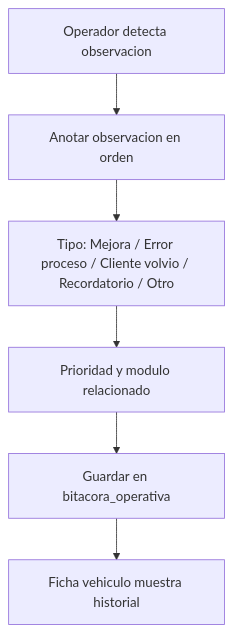
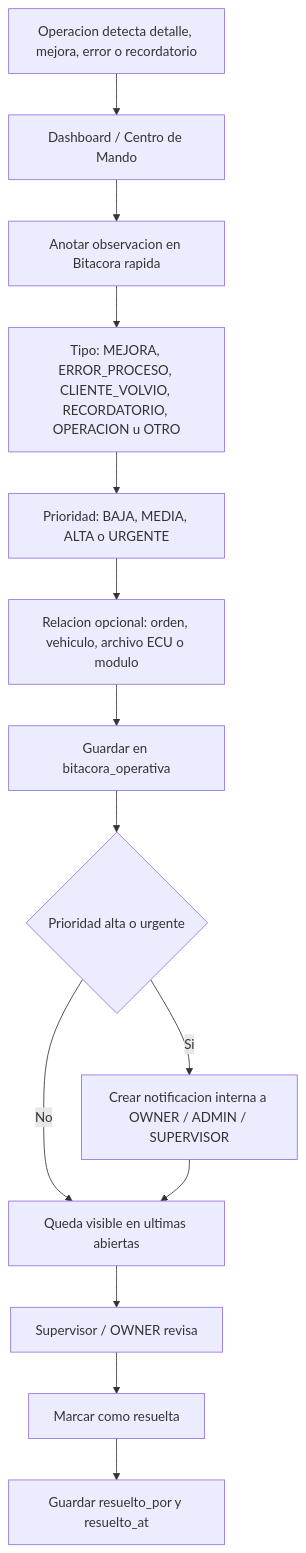
The ninth of 11 diagrams in docs/DIAGRAMA_FLUJO_GMTCH_TUNE_OS.md (gastonmunoz-glitch/gmtch-tune), drawn with Mermaid before and after one commit. The commit also changed other lines of this file and 6 other files, not shown here.

Commit message:
agregar bitacora operativa global

````diff
--- a/docs/DIAGRAMA_FLUJO_GMTCH_TUNE_OS.md
+++ b/docs/DIAGRAMA_FLUJO_GMTCH_TUNE_OS.md
@@ -184,8 +184,16 @@
 ```mermaid
 flowchart TD
-  A["Operador detecta observacion"] --> B["Anotar observacion en orden"]
-  B --> C["Tipo: Mejora / Error proceso / Cliente volvio / Recordatorio / Otro"]
-  C --> D["Prioridad y modulo relacionado"]
-  D --> E["Guardar en bitacora_operativa"]
-  E --> F["Ficha vehiculo muestra historial"]
+  A["Operacion detecta detalle, mejora, error o recordatorio"] --> B["Dashboard / Centro de Mando"]
+  B --> C["Anotar observacion en Bitacora rapida"]
+  C --> D["Tipo: MEJORA, ERROR_PROCESO, CLIENTE_VOLVIO, RECORDATORIO, OPERACION u OTRO"]
+  D --> E["Prioridad: BAJA, MEDIA, ALTA o URGENTE"]
+  E --> F["Relacion opcional: orden, vehiculo, archivo ECU o modulo"]
+  F --> G["Guardar en bitacora_operativa"]
+  G --> H{"Prioridad alta o urgente"}
+  H -->|Si| I["Crear notificacion interna a OWNER / ADMIN / SUPERVISOR"]
+  H -->|No| J["Queda visible en ultimas abiertas"]
+  I --> J
+  J --> K["Supervisor / OWNER revisa"]
+  K --> L["Marcar como resuelta"]
+  L --> M["Guardar resuelto_por y resuelto_at"]
 ```
````
